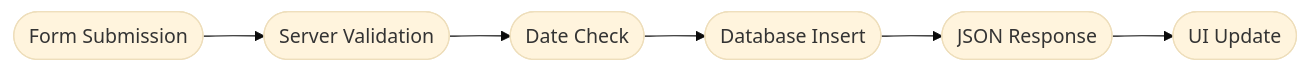
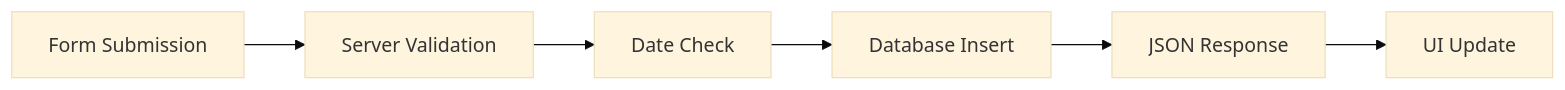
The fourth of 5 diagrams in TECHNICAL_GUIDE.md (chaitanyasaiyerra/Musuem-chatbot), drawn with Mermaid (base theme) before and after one commit. The commit also changed other lines of this file and 1 other file, not shown here.

Commit message:
docs: wrap mermaid nodes in standard boxes with quotes to prevent text wrapping

````diff
--- a/TECHNICAL_GUIDE.md
+++ b/TECHNICAL_GUIDE.md
@@ -221,8 +221,8 @@
 ```mermaid
 graph LR
-    A([Form Submission]) --> B([Server Validation])
-    B --> C([Date Check])
-    C --> D([Database Insert])
-    D --> E([JSON Response])
-    E --> F([UI Update])
+    A["Form Submission"] --> B["Server Validation"]
+    B --> C["Date Check"]
+    C --> D["Database Insert"]
+    D --> E["JSON Response"]
+    E --> F["UI Update"]
 ```
````
